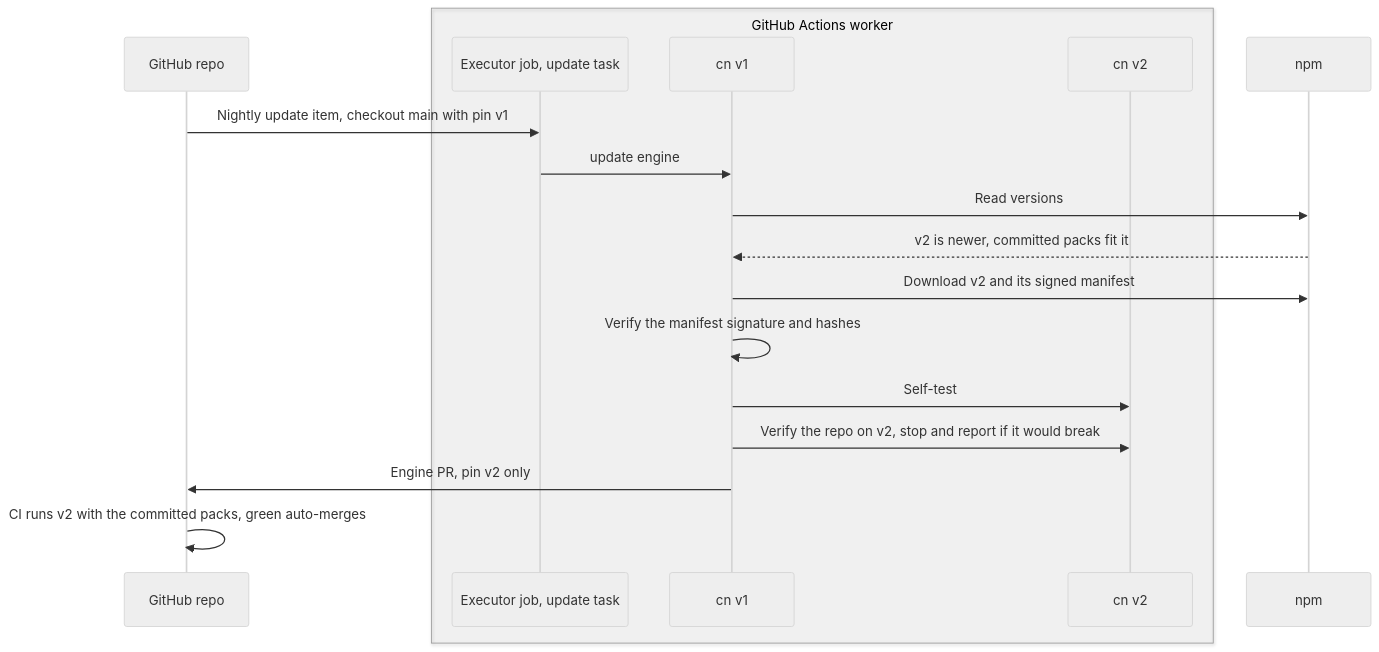
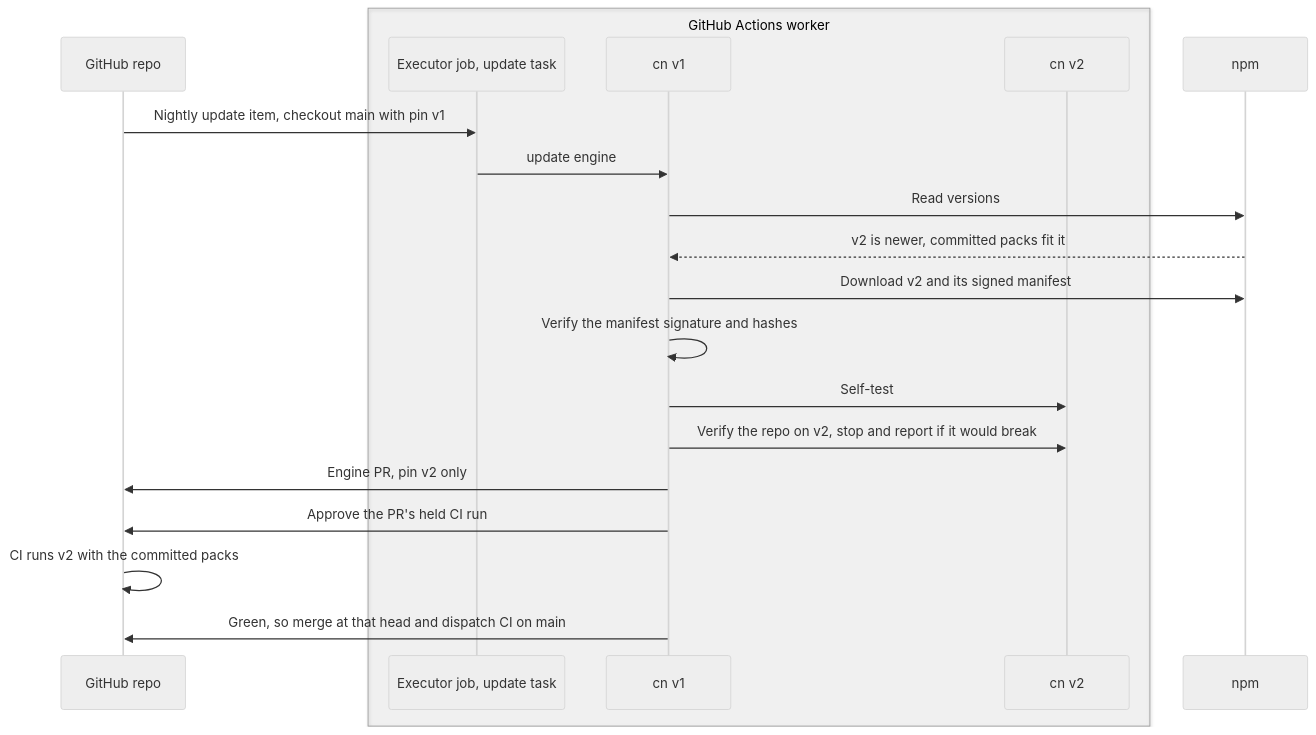
One commit to missingbulb/ClaudiniteEngine changed the sixth of 8 diagrams in docs/design.md. Above: the diagram before and after it, drawn with Mermaid (neutral theme). The commit also changed other lines of this file and 26 other files, not shown here.

First line of the commit message:
Approve a bot PR's held runs instead of dispatching duplicates

````diff
--- a/docs/design.md
+++ b/docs/design.md
@@ -419,20 +419,22 @@
 ```mermaid
 sequenceDiagram
   participant GH as GitHub repo
   box rgba(128,128,128,0.08) GitHub Actions worker
     participant J as Executor job, update task
     participant B1 as cn v1
     participant B2 as cn v2
   end
   participant NPM as npm
   GH->>J: Nightly update item, checkout main with pin v1
   J->>B1: update engine
   B1->>NPM: Read versions
   NPM-->>B1: v2 is newer, committed packs fit it
   B1->>NPM: Download v2 and its signed manifest
   B1->>B1: Verify the manifest signature and hashes
   B1->>B2: Self-test
   B1->>B2: Verify the repo on v2, stop and report if it would break
   B1->>GH: Engine PR, pin v2 only
-  GH->>GH: CI runs v2 with the committed packs, green auto-merges
+  B1->>GH: Approve the PR's held CI run
+  GH->>GH: CI runs v2 with the committed packs
+  B1->>GH: Green, so merge at that head and dispatch CI on main
 ```
````
